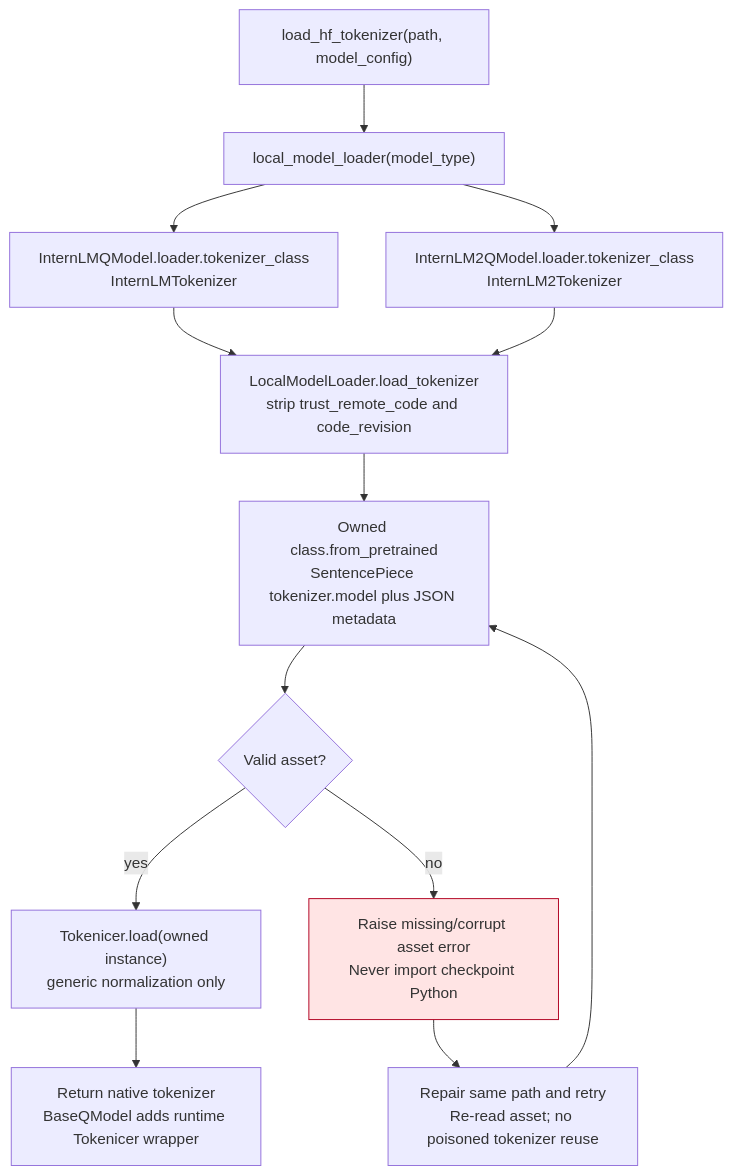
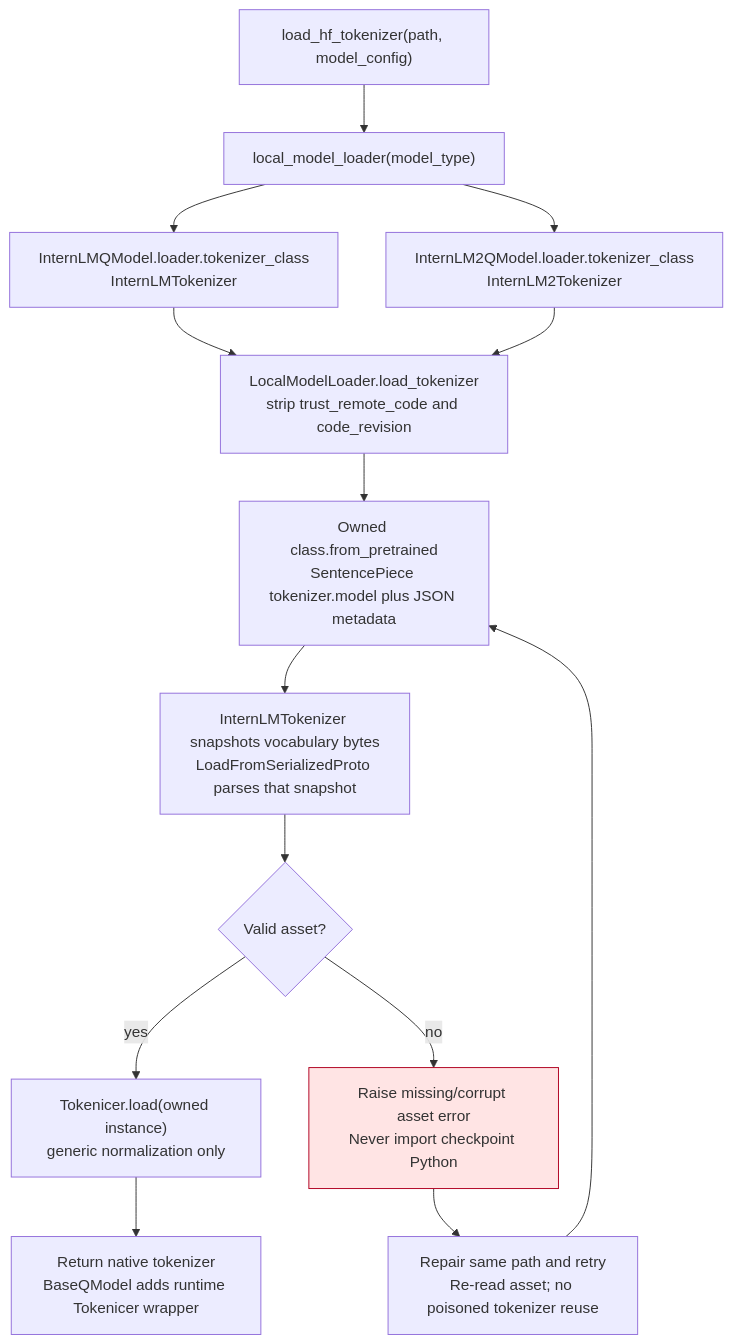
One commit to ModelCloud/GPTQModel changed the first of 2 diagrams in gptqmodel/models/ports/internlm/TOKENIZERS.md. Above: the diagram before and after it, drawn with Mermaid. The commit also changed other lines of this file and 2 other files, not shown here.

Commit message:
Preserve original InternLM vocabulary bytes after source removal

````diff
--- a/gptqmodel/models/ports/internlm/TOKENIZERS.md
+++ b/gptqmodel/models/ports/internlm/TOKENIZERS.md
@@ -49,17 +49,18 @@
 ```mermaid
 flowchart TD
     A["load_hf_tokenizer(path, model_config)"] --> B["local_model_loader(model_type)"]
     B --> C["InternLMQModel.loader.tokenizer_class<br/>InternLMTokenizer"]
     B --> D["InternLM2QModel.loader.tokenizer_class<br/>InternLM2Tokenizer"]
     C --> E["LocalModelLoader.load_tokenizer<br/>strip trust_remote_code and code_revision"]
     D --> E
     E --> F["Owned class.from_pretrained<br/>SentencePiece tokenizer.model plus JSON metadata"]
-    F --> G{"Valid asset?"}
+    F --> S["InternLMTokenizer snapshots vocabulary bytes<br/>LoadFromSerializedProto parses that snapshot"]
+    S --> G{"Valid asset?"}
     G -->|yes| H["Tokenicer.load(owned instance)<br/>generic normalization only"]
     G -->|no| X["Raise missing/corrupt asset error<br/>Never import checkpoint Python"]
     H --> I["Return native tokenizer<br/>BaseQModel adds runtime Tokenicer wrapper"]
     X --> R["Repair same path and retry<br/>Re-read asset; no poisoned tokenizer reuse"]
     R --> F
     classDef failure fill:#ffe4e4,stroke:#b00020
     class X failure
 ```
````
